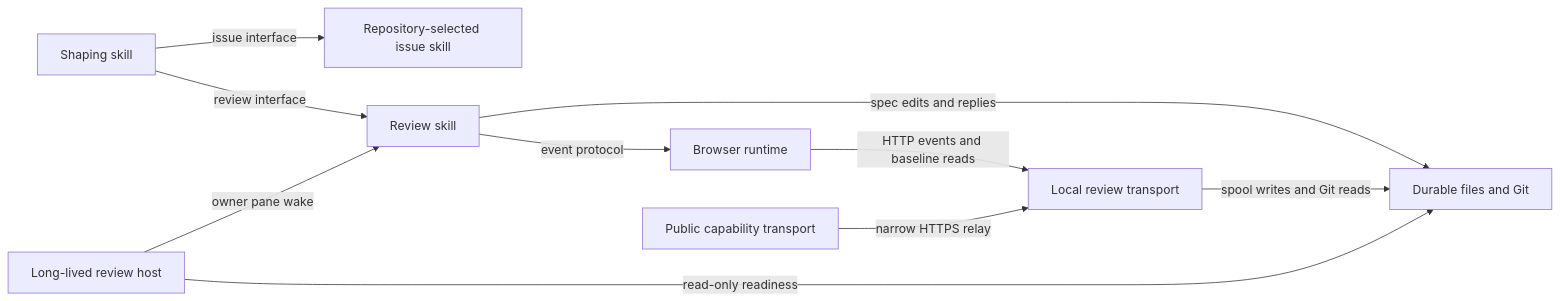
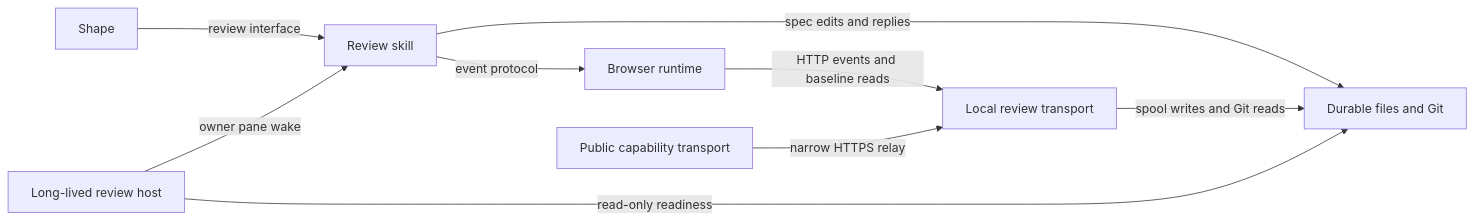
One commit to 0xTomDaniel/spec-chat changed the diagram in DESIGN.md. Above: the diagram before and after it, drawn with Mermaid. The commit also changed other lines of this file and 6 other files, not shown here.

````diff
--- a/DESIGN.md
+++ b/DESIGN.md
@@ -82,12 +82,11 @@
 ```mermaid
 flowchart LR
-  Shape[Shaping skill] -->|issue interface| Issue[Repository-selected issue skill]
   Shape -->|review interface| Review[Review skill]
   Review -->|event protocol| Browser[Browser runtime]
   Browser -->|HTTP events and baseline reads| Local[Local review transport]
   Review -->|spec edits and replies| Files[Durable files and Git]
   Local -->|spool writes and Git reads| Files
   Public[Public capability transport] -->|narrow HTTPS relay| Local
   Host[Long-lived review host] -->|read-only readiness| Files
   Host -->|owner pane wake| Review
 ```
````
